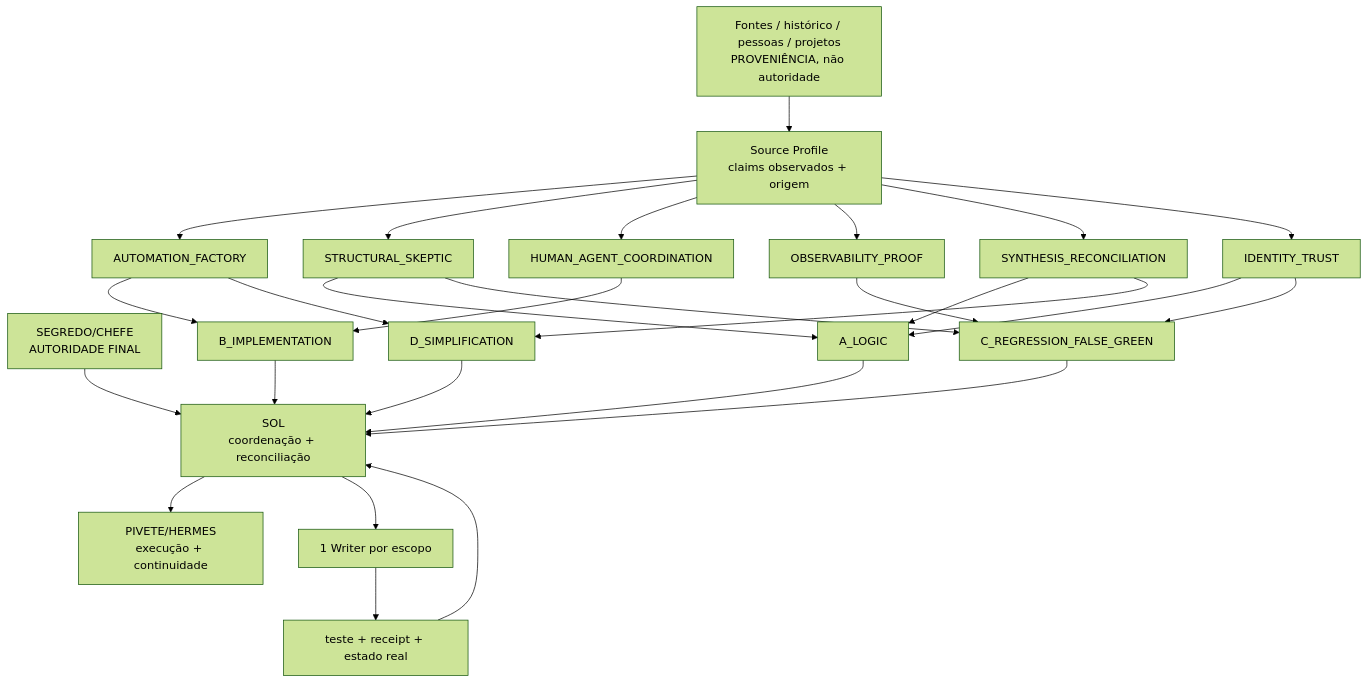
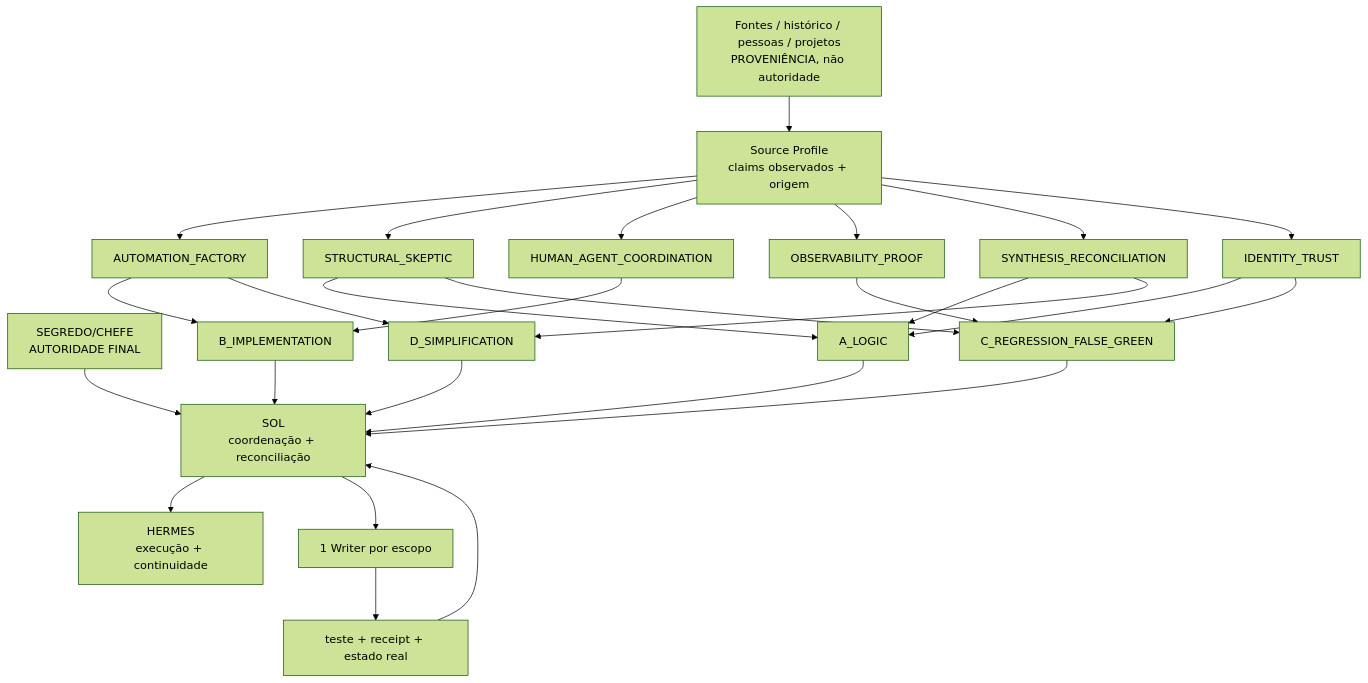
The sixth of 11 diagrams in docs/BRAIN/03-DOCUMENTACAO/03-GUIAS/DIAGRAMAS-CENTRALDARK.md (ServerVpss/CentralDark), drawn with Mermaid (forest theme) before and after one commit. The commit also changed other lines of this file and 87 other files, not shown here.

Commit message:
🧭 role: retire binding PIVETE/HERMES from CURRENT surfaces

````diff
--- a/docs/BRAIN/03-DOCUMENTACAO/03-GUIAS/DIAGRAMAS-CENTRALDARK.md
+++ b/docs/BRAIN/03-DOCUMENTACAO/03-GUIAS/DIAGRAMAS-CENTRALDARK.md
@@ -193,32 +193,32 @@
 ```mermaid
 flowchart TD
     CHEFE2["SEGREDO/CHEFE<br/>AUTORIDADE FINAL"] --> SOL2["SOL<br/>coordenação + reconciliação"]
-    SOL2 --> HERMES2["PIVETE/HERMES<br/>execução + continuidade"]
+    SOL2 --> HERMES2["HERMES<br/>execução + continuidade"]
     SOL2 --> WRITER2["1 Writer por escopo"]
     WRITER2 --> PROVA2["teste + receipt + estado real"]
     PROVA2 --> SOL2
 
     SOURCE["Fontes / histórico / pessoas / projetos<br/>PROVENIÊNCIA, não autoridade"] --> PROFILE["Source Profile<br/>claims observados + origem"]
     PROFILE --> AUTO["AUTOMATION_FACTORY"]
     PROFILE --> SKEPTIC["STRUCTURAL_SKEPTIC"]
     PROFILE --> COORD["HUMAN_AGENT_COORDINATION"]
     PROFILE --> OBS["OBSERVABILITY_PROOF"]
     PROFILE --> SYN["SYNTHESIS_RECONCILIATION"]
     PROFILE --> TRUST["IDENTITY_TRUST"]
 
     AUTO --> B["B_IMPLEMENTATION"]
     AUTO --> D["D_SIMPLIFICATION"]
     SKEPTIC --> A["A_LOGIC"]
     SKEPTIC --> C["C_REGRESSION_FALSE_GREEN"]
     COORD --> B
     OBS --> C
     SYN --> A
     SYN --> D
     TRUST --> A
     TRUST --> C
 
     A --> SOL2
     B --> SOL2
     C --> SOL2
     D --> SOL2
 ```
````
